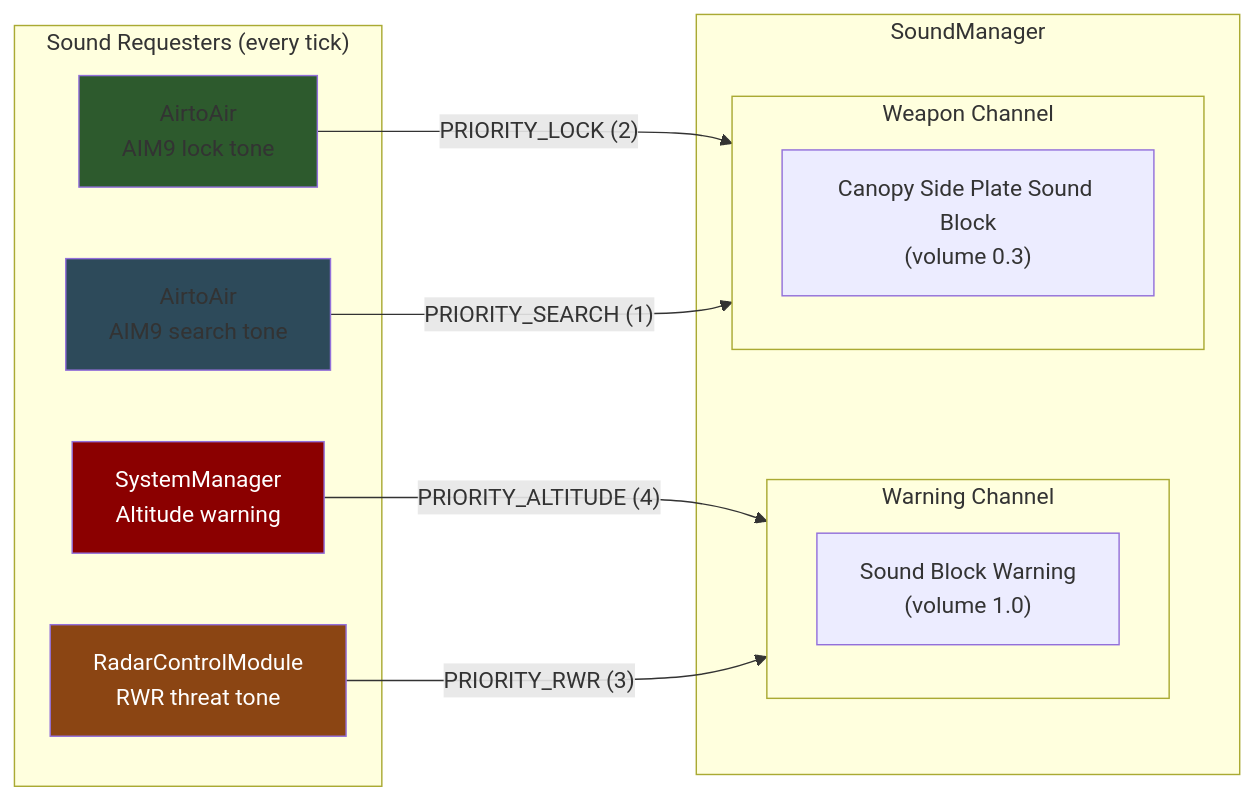
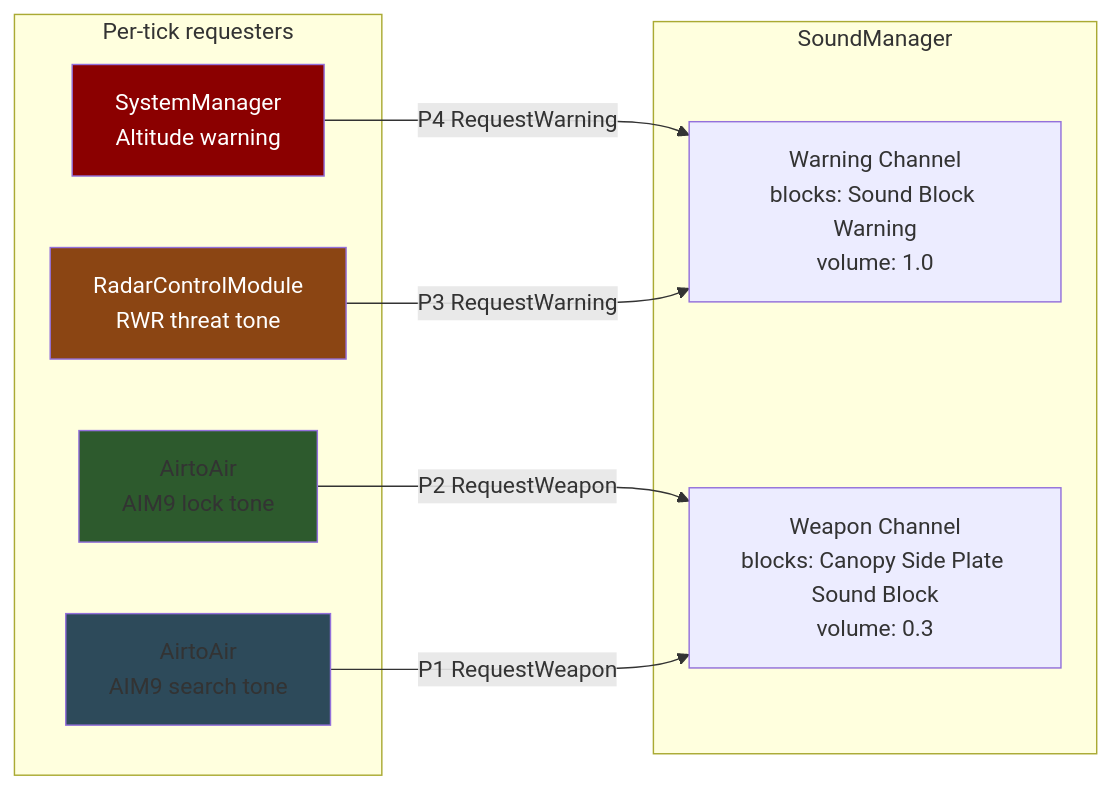
One commit to Terilia/JetOS changed the first of 3 diagrams in docs/sound-system.md. Above: the diagram before and after it, drawn with Mermaid. The commit also changed other lines of this file and 23 other files, not shown here.

````diff
--- a/docs/sound-system.md
+++ b/docs/sound-system.md
@@ -7,28 +13,24 @@
 ```mermaid
 flowchart LR
-    subgraph Requesters ["Sound Requesters (every tick)"]
-        ALT["SystemManager\nAltitude warning"]
-        RWR["RadarControlModule\nRWR threat tone"]
-        LOCK["AirtoAir\nAIM9 lock tone"]
-        SEARCH["AirtoAir\nAIM9 search tone"]
+    subgraph REQ ["Per-tick requesters"]
+        ALT["SystemManager<br/>Altitude warning"]
+        RWR["RadarControlModule<br/>RWR threat tone"]
+        LCK["AirtoAir<br/>AIM9 lock tone"]
+        SCH["AirtoAir<br/>AIM9 search tone"]
     end
 
-    subgraph Channels ["SoundManager"]
-        subgraph WCH ["Warning Channel"]
-            WB["Sound Block Warning\n(volume 1.0)"]
-        end
-        subgraph ACH ["Weapon Channel"]
-            AB["Canopy Side Plate Sound Block\n(volume 0.3)"]
-        end
+    subgraph SM ["SoundManager"]
+        WCH["Warning Channel<br/>blocks: Sound Block Warning<br/>volume: 1.0"]
+        ECH["Weapon Channel<br/>blocks: Canopy Side Plate Sound Block<br/>volume: 0.3"]
     end
 
-    ALT --> |"PRIORITY_ALTITUDE (4)"| WCH
-    RWR --> |"PRIORITY_RWR (3)"| WCH
-    LOCK --> |"PRIORITY_LOCK (2)"| ACH
-    SEARCH --> |"PRIORITY_SEARCH (1)"| ACH
+    ALT --> |"P4 RequestWarning"| WCH
+    RWR --> |"P3 RequestWarning"| WCH
+    LCK --> |"P2 RequestWeapon"| ECH
+    SCH --> |"P1 RequestWeapon"| ECH
 
     style ALT fill:#8b0000,color:#fff
     style RWR fill:#8b4513,color:#fff
-    style LOCK fill:#2d5a2d
-    style SEARCH fill:#2d4a5a
+    style LCK fill:#2d5a2d
+    style SCH fill:#2d4a5a
 ```
````
